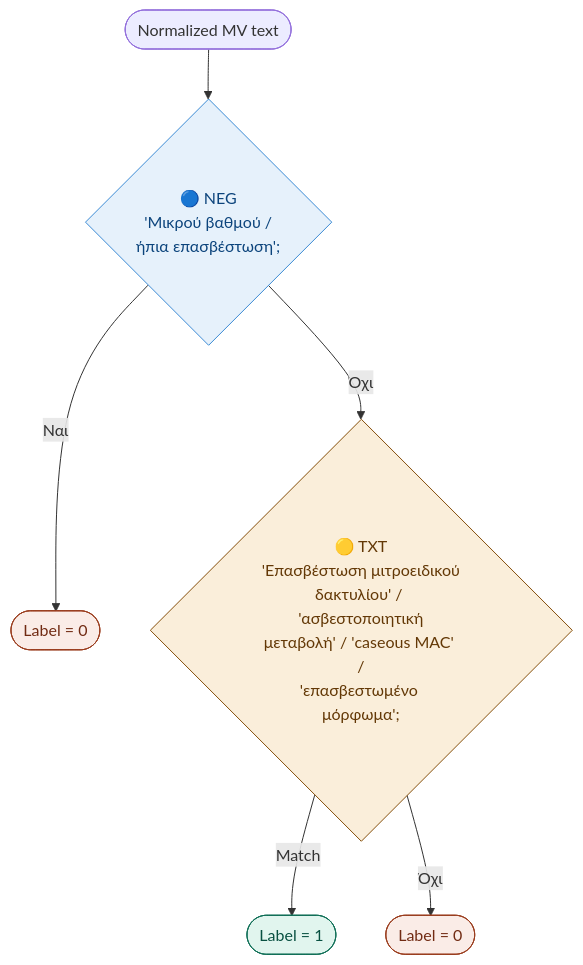
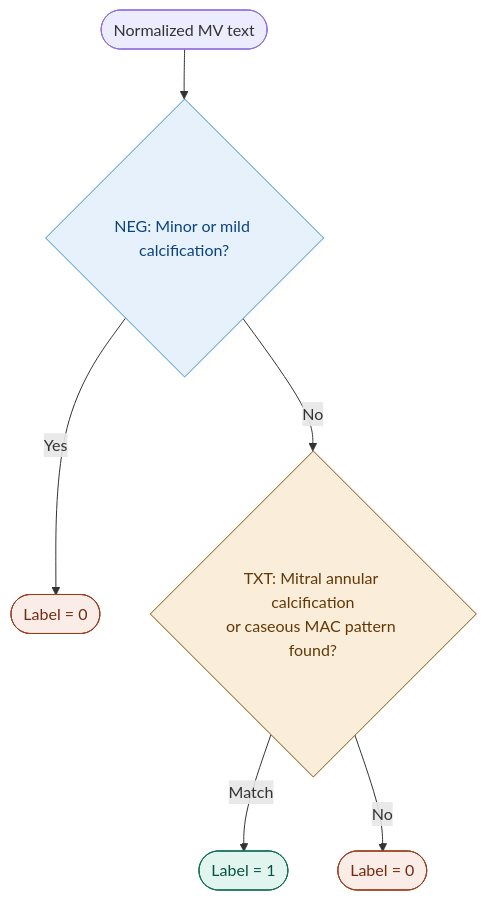
The seventh of 17 diagrams in BINARY_EXTRACTION.md (evatsioumani/Echo), drawn with Mermaid before and after one commit. The commit also changed other lines of this file, not shown here.

````diff
--- a/BINARY_EXTRACTION.md
+++ b/BINARY_EXTRACTION.md
@@ -176,14 +178,14 @@
 ```mermaid
 flowchart TD
-    A([Normalized MV text]) --> B{🔵 NEG\n'Μικρού βαθμού /\nήπια επασβέστωση';}
-    B -->|Ναι| Z0([Label = 0])
-    B -->|Όχι| C{🟡 TXT\n'Επασβέστωση μιτροειδικού\nδακτυλίου' / 'ασβεστοποιητική\nμεταβολή' / 'caseous MAC' /\n'επασβεστωμένο μόρφωμα';}
+    A([Normalized MV text]) --> B{NEG: Minor or mild calcification?}
+    B -->|Yes| Z0([Label = 0])
+    B -->|No| C{TXT: Mitral annular calcification\nor caseous MAC pattern found?}
     C -->|Match| Z1([Label = 1])
-    C -->|Όχι| Z0b([Label = 0])
+    C -->|No| Z0b([Label = 0])
 
     style Z0 fill:#FAECE7,stroke:#993C1D,color:#712B13
     style Z0b fill:#FAECE7,stroke:#993C1D,color:#712B13
     style Z1 fill:#E1F5EE,stroke:#0F6E56,color:#085041
     style B fill:#E6F1FB,stroke:#3B8BD4,color:#0C447C
     style C fill:#FAEEDA,stroke:#854F0B,color:#633806
 ```
````
